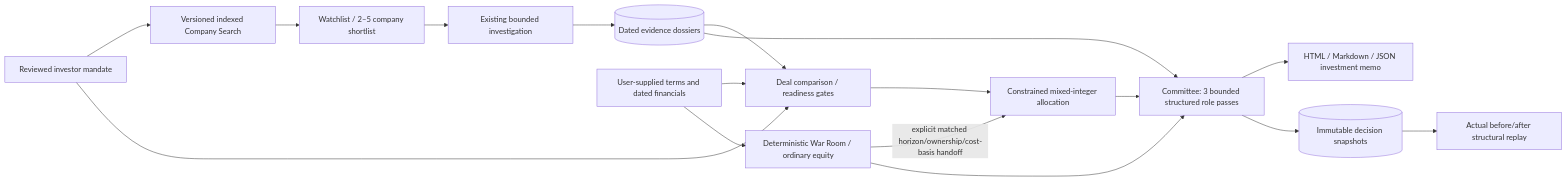
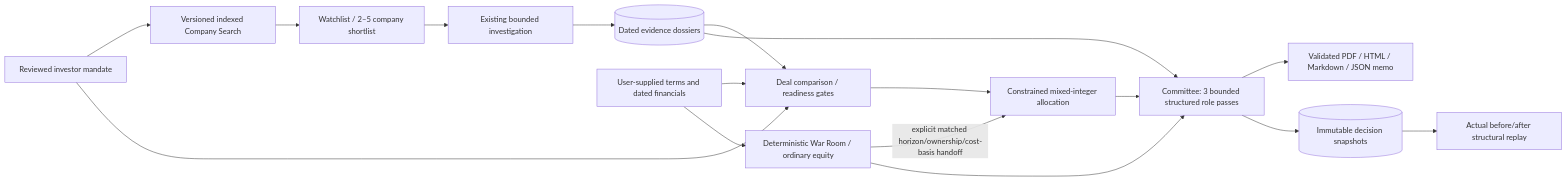
Before and after one commit to Arya-06-Man/startup-autopsy: the first of 2 diagrams in docs/ARCHITECTURE.md, drawn with Mermaid. The commit also changed other lines of this file and 16 other files, not shown here.

````diff
--- a/docs/ARCHITECTURE.md
+++ b/docs/ARCHITECTURE.md
@@ -7,19 +7,19 @@
 ```mermaid
 flowchart LR
     M[Reviewed investor mandate] --> D[Versioned indexed Company Search]
     D --> S[Watchlist / 2–5 company shortlist]
     S --> I[Existing bounded investigation]
     I --> E[(Dated evidence dossiers)]
     U[User-supplied terms and dated financials] --> C[Deal comparison / readiness gates]
     M --> C
     E --> C
     C --> P[Constrained mixed-integer allocation]
     U --> W[Deterministic War Room / ordinary equity]
     W -->|explicit matched horizon/ownership/cost-basis handoff| P
     W --> K[Committee: 3 bounded structured role passes]
     P --> K
     E --> K
-    K --> R[HTML / Markdown / JSON investment memo]
+    K --> R[Validated PDF / HTML / Markdown / JSON memo]
     K --> Q[(Immutable decision snapshots)]
     Q --> X[Actual before/after structural replay]
 ```
````
